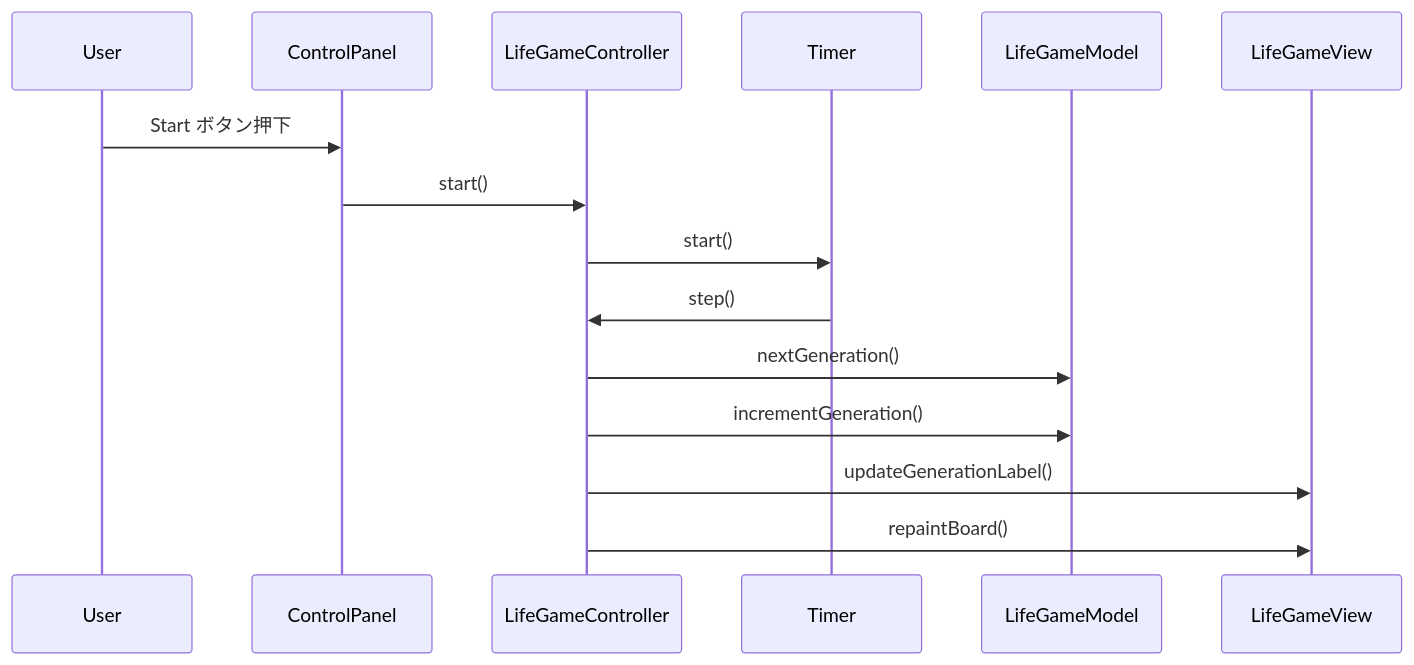
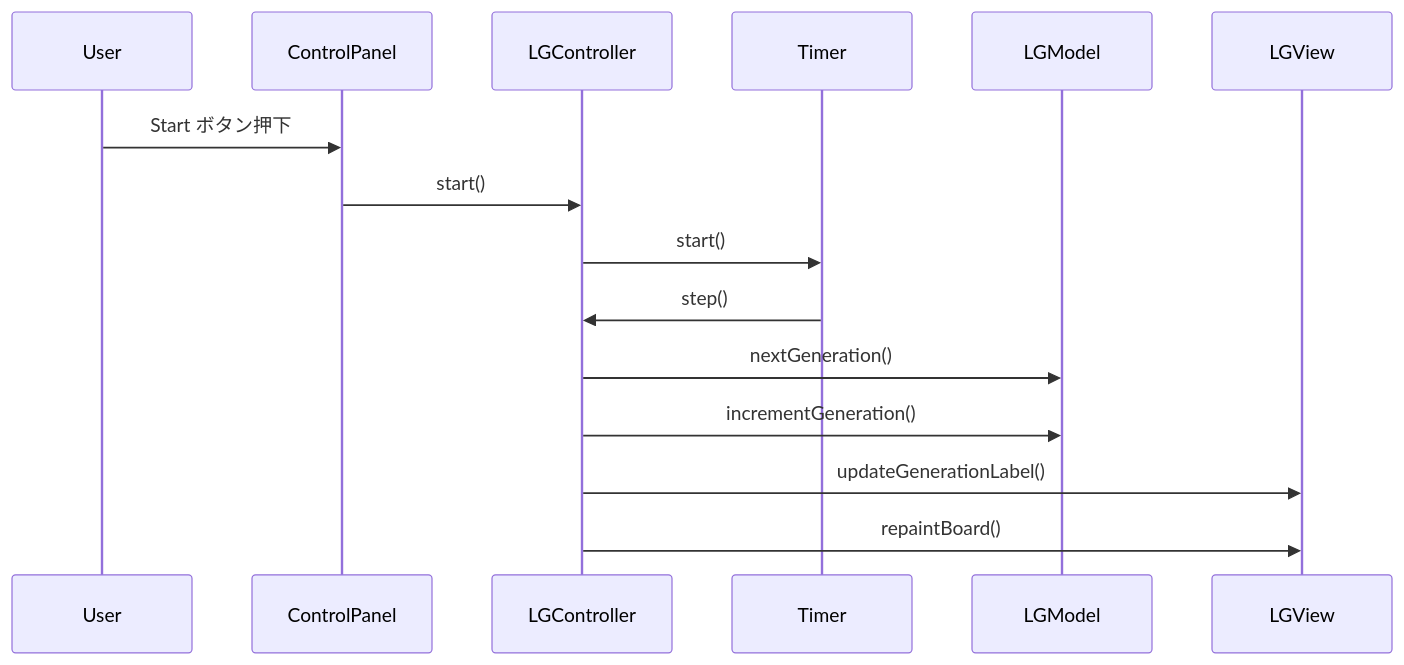
The third of 4 diagrams in README.md (mkunori/LifeGame), drawn with Mermaid before and after one commit. The commit also changed other lines of this file and 7 other files, not shown here.

````diff
--- a/README.md
+++ b/README.md
@@ -153,19 +153,19 @@
 ```mermaid
 sequenceDiagram
     participant User
     participant ControlPanel
-    participant LifeGameController
+    participant LGController
     participant Timer
-    participant LifeGameModel
-    participant LifeGameView
+    participant LGModel
+    participant LGView
 
     User->>ControlPanel: Start ボタン押下
-    ControlPanel->>LifeGameController: start()
-    LifeGameController->>Timer: start()
+    ControlPanel->>LGController: start()
+    LGController->>Timer: start()
 
-    Timer->>LifeGameController: step()
-    LifeGameController->>LifeGameModel: nextGeneration()
-    LifeGameController->>LifeGameModel: incrementGeneration()
-    LifeGameController->>LifeGameView: updateGenerationLabel()
-    LifeGameController->>LifeGameView: repaintBoard()
+    Timer->>LGController: step()
+    LGController->>LGModel: nextGeneration()
+    LGController->>LGModel: incrementGeneration()
+    LGController->>LGView: updateGenerationLabel()
+    LGController->>LGView: repaintBoard()
 ```
````
